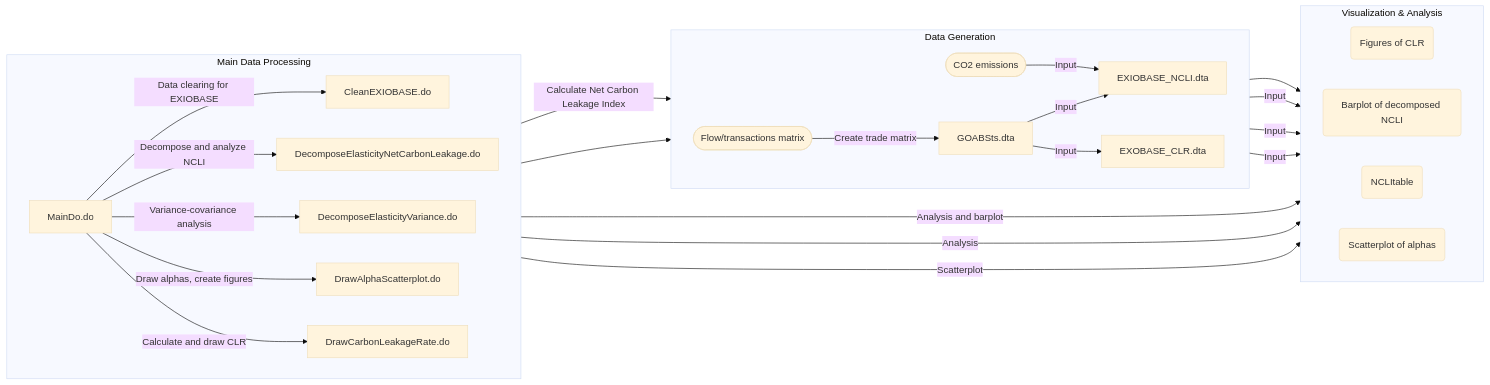
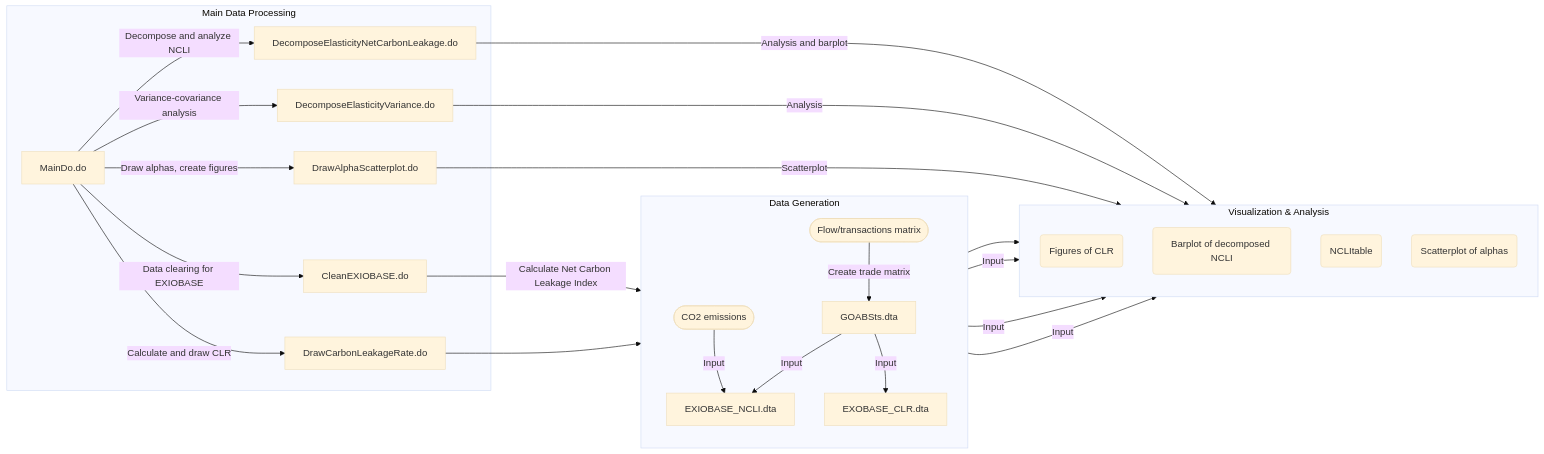
Before and after one commit to AkariOno/Trade_Carbon: the diagram in README.md, drawn with Mermaid (base theme).

````diff
--- a/README.md
+++ b/README.md
@@ -17,56 +17,57 @@
 ```mermaid
 graph LR;
 
 %% Main Process Section
 subgraph Main_Process [Main Data Processing]
-    direction LR
+    %% direction TB
     A[MainDo.do]
     B[CleanEXIOBASE.do]
     F[DecomposeElasticityNetCarbonLeakage.do]
     G[DecomposeElasticityVariance.do]
     H[DrawAlphaScatterplot.do]
     I[DrawCarbonLeakageRate.do]
 end
 
 %% Data Generation Section
 subgraph Data_Generation [Data Generation]
-    direction LR
+    direction TB
     C([Flow/transactions matrix])
     K[GOABSts.dta]
     D[EXIOBASE_NCLI.dta]
     E([CO2 emissions])
     J[EXOBASE_CLR.dta]
 end
 
 %% Data Visualization Section
 subgraph Data_Visualization [Visualization & Analysis]
-    direction LR
+    direction TB
     L(Figures of CLR)
     M(Barplot of decomposed NCLI)
     N(NCLItable)
     O(Scatterplot of alphas)
 end
 
 %% Connections between nodes
 A --> |Data clearing for EXIOBASE| B
 A --> |Decompose and analyze NCLI| F
 A --> |Variance-covariance analysis| G
 A --> |Draw alphas, create figures| H
 A --> |Calculate and draw CLR| I
 
 C --> |Create trade matrix| K
 E --> |Input| D
 B --> |Calculate Net Carbon Leakage Index| D
 K --> |Input| D
 K --> |Input| J
 I --> J
 J --> L
 D --> |Input| M
 F --> |Analysis and barplot| M
 D --> |Input| N
 G --> |Analysis| N
 D --> |Input| O
 H --> |Scatterplot| O
 
+
    
 ```
````
